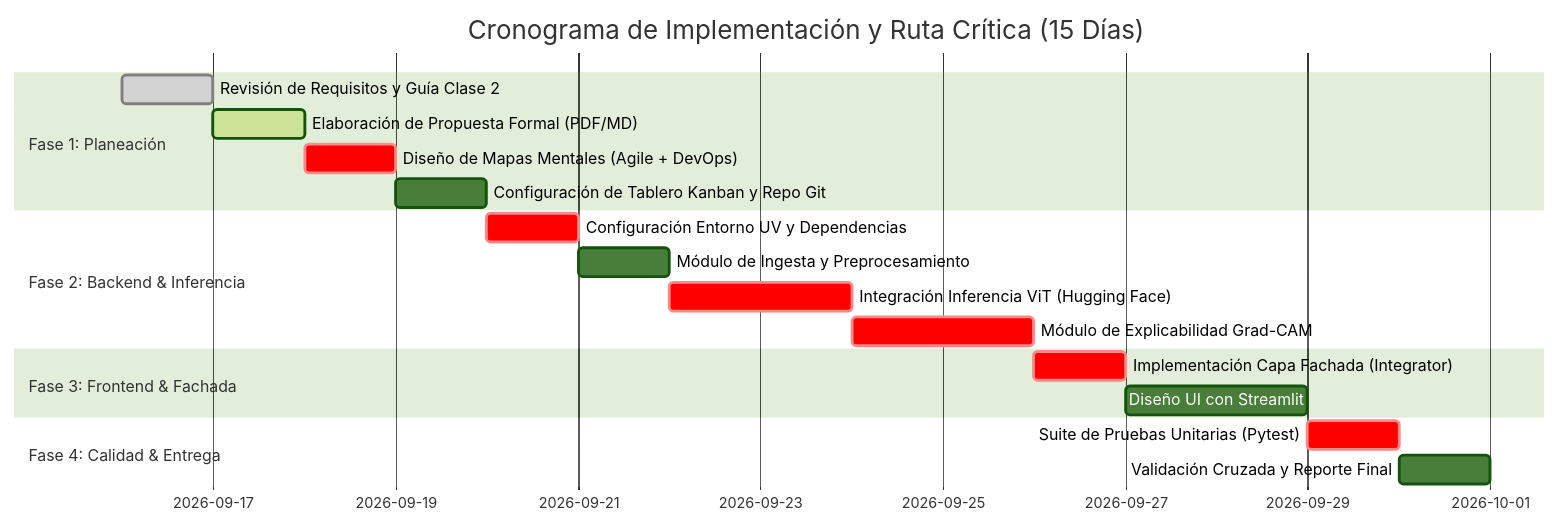
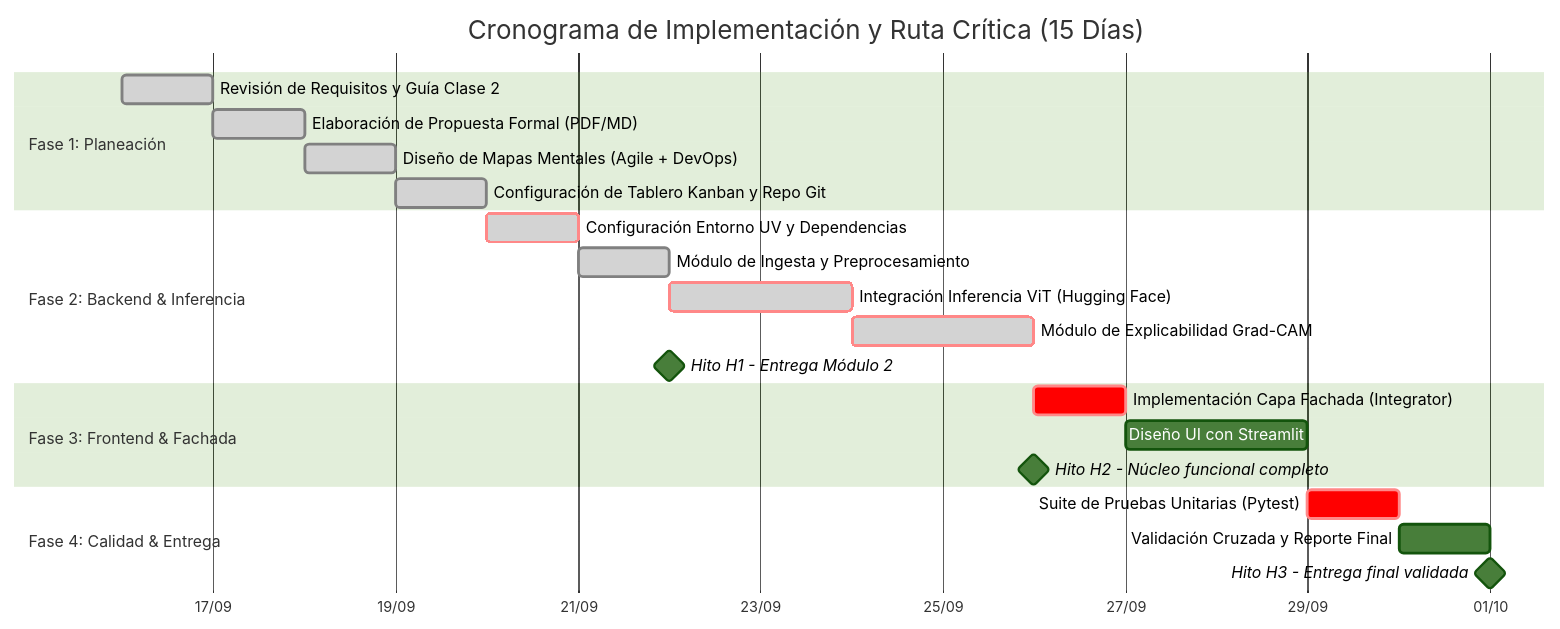
The diagram in docs/propuesta.md (marlonvalenciamentor-eng/skin-lesion-classifier), drawn with Mermaid (forest theme) before and after one commit. The commit also changed other lines of this file and 2 other files, not shown here.

Commit message:
docs(propuesta): update gantt schedule with dependencies, milestones and kanban link

````diff
--- a/docs/propuesta.md
+++ b/docs/propuesta.md
@@ -87,21 +87,25 @@
 ```mermaid
 gantt
     title Cronograma de Implementación y Ruta Crítica (15 Días)
     dateFormat  YYYY-MM-DD
+    axisFormat  %d/%m
     section Fase 1: Planeación
-    Revisión de Requisitos y Guía Clase 2       :done, p1, 2026-09-16, 2026-09-17
-    Elaboración de Propuesta Formal (PDF/MD)    :active, p2, 2026-09-17, 2026-09-18
-    Diseño de Mapas Mentales (Agile + DevOps)   :crit, p3, 2026-09-18, 2026-09-19
-    Configuración de Tablero Kanban y Repo Git  :p4, 2026-09-19, 2026-09-20
+    Revisión de Requisitos y Guía Clase 2       :done, p1, 2026-09-16, 1d
+    Elaboración de Propuesta Formal (PDF/MD)    :done, p2, after p1, 1d
+    Diseño de Mapas Mentales (Agile + DevOps)   :done, p3, after p2, 1d
+    Configuración de Tablero Kanban y Repo Git  :done, p4, after p3, 1d
     section Fase 2: Backend & Inferencia
-    Configuración Entorno UV y Dependencias     :crit, b1, 2026-09-20, 2026-09-21
-    Módulo de Ingesta y Preprocesamiento        :b2, 2026-09-21, 2026-09-22
-    Integración Inferencia ViT (Hugging Face)   :crit, b3, 2026-09-22, 2026-09-24
-    Módulo de Explicabilidad Grad-CAM           :crit, b4, 2026-09-24, 2026-09-26
+    Configuración Entorno UV y Dependencias     :crit, done, b1, after p4, 1d
+    Módulo de Ingesta y Preprocesamiento        :done, b2, after b1, 1d
+    Integración Inferencia ViT (Hugging Face)   :crit, done, b3, after b2, 2d
+    Módulo de Explicabilidad Grad-CAM           :crit, done, b4, after b3, 2d
+    Hito H1 - Entrega Módulo 2                  :milestone, h1, 2026-09-22, 0d
     section Fase 3: Frontend & Fachada
-    Implementación Capa Fachada (Integrator)    :crit, f1, 2026-09-26, 2026-09-27
-    Diseño UI con Streamlit                     :f2, 2026-09-27, 2026-09-29
+    Implementación Capa Fachada (Integrator)    :crit, f1, after b4, 1d
+    Diseño UI con Streamlit                     :f2, after f1, 2d
+    Hito H2 - Núcleo funcional completo         :milestone, h2, 2026-09-26, 0d
     section Fase 4: Calidad & Entrega
-    Suite de Pruebas Unitarias (Pytest)         :crit, q1, 2026-09-29, 2026-09-30
-    Validación Cruzada y Reporte Final          :q2, 2026-09-30, 2026-10-01
+    Suite de Pruebas Unitarias (Pytest)         :crit, q1, after f2, 1d
+    Validación Cruzada y Reporte Final          :q2, after q1, 1d
+    Hito H3 - Entrega final validada            :milestone, h3, 2026-10-01, 0d
 ```
````
